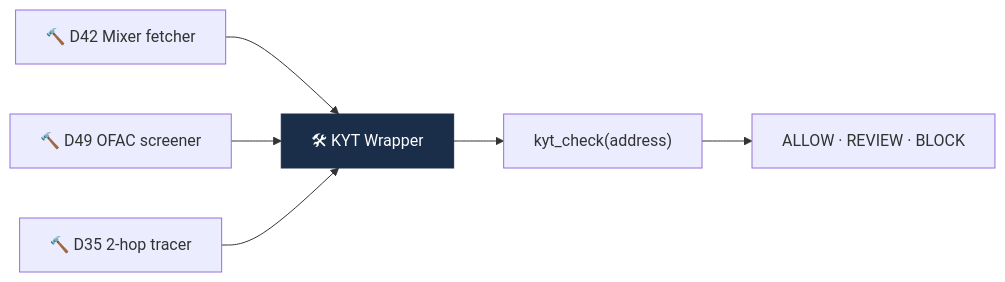
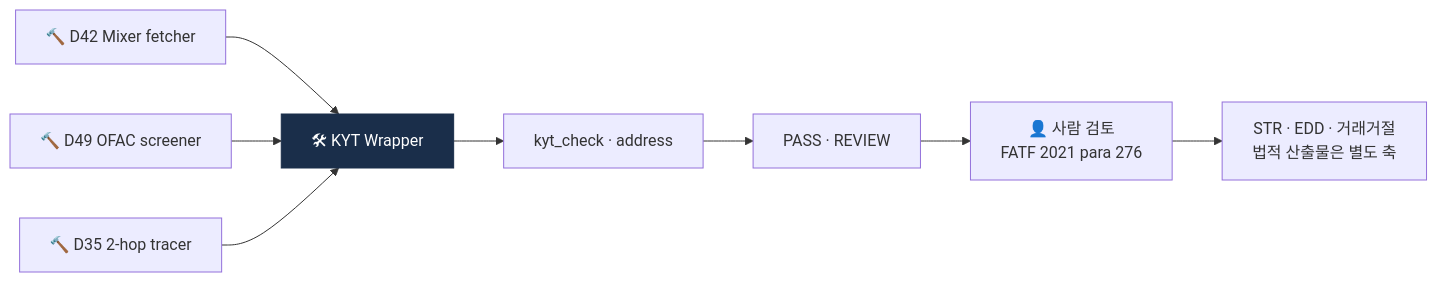
Before and after one commit to lala-david/aml-notes: the first of 2 diagrams in curriculum/day_56.md, drawn with Mermaid. The commit also changed other lines of this file and 233 other files, not shown here.

````diff
--- a/curriculum/day_56.md
+++ b/curriculum/day_56.md
@@ -13,9 +13,11 @@
 ```mermaid
 flowchart LR
     D42["🔨 D42 Mixer fetcher"] --> W["🛠 KYT Wrapper"]
     D49["🔨 D49 OFAC screener"] --> W
     D35["🔨 D35 2-hop tracer"] --> W
-    W --> API["kyt_check(address)"]
-    API --> A["ALLOW · REVIEW · BLOCK"]
+    W --> API["kyt_check · address"]
+    API --> A["PASS · REVIEW"]
+    A --> H["👤 사람 검토<br/>FATF 2021 para 276"]
+    H --> O["STR · EDD · 거래거절<br/>법적 산출물은 별도 축"]
     style W fill:#1a2e4a,color:#fff,stroke:#1a2e4a
 ```
````
